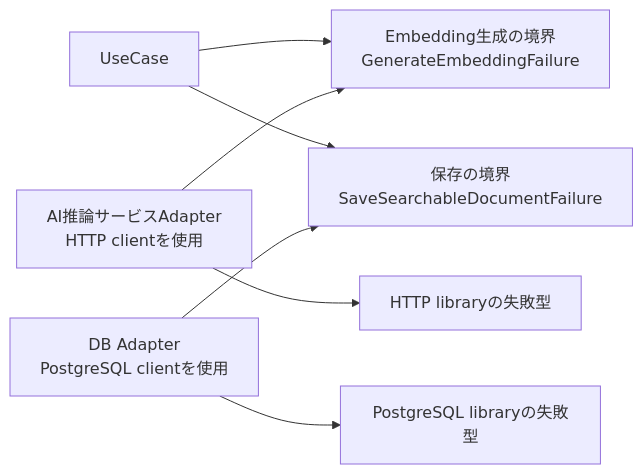
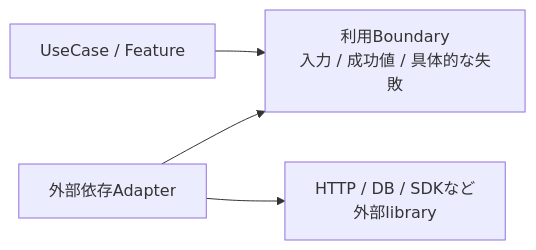
The first of 7 diagrams in Notes/RAGScope/RAGScopeアプリケーション/RS-0024 失敗型と利用境界への変換設計メモ.md (takashit16833/Workbench), drawn with Mermaid before and after one commit. The commit also changed other lines of this file, not shown here.

````diff
--- a/Notes/RAGScope/RAGScopeアプリケーション/RS-0024 失敗型と利用境界への変換設計メモ.md
+++ b/Notes/RAGScope/RAGScopeアプリケーション/RS-0024 失敗型と利用境界への変換設計メモ.md
@@ -102,22 +104,11 @@
 ```mermaid
 flowchart LR
-    UC["UseCase"]
+    UC["UseCase / Feature"]
+    PORT["利用Boundary<br>入力 / 成功値 / 具体的な失敗"]
+    ADAPTER["外部依存Adapter"]
+    LIB["HTTP / DB / SDKなど<br>外部library"]
 
-    EMBPORT["Embedding生成の境界<br/>GenerateEmbeddingFailure"]
-    STOREPORT["保存の境界<br/>SaveSearchableDocumentFailure"]
-
-    HTTPADAPTER["AI推論サービスAdapter<br/>HTTP clientを使用"]
-    DBADAPTER["DB Adapter<br/>PostgreSQL clientを使用"]
-
-    HTTPEX["HTTP libraryの失敗型"]
-    DBEX["PostgreSQL libraryの失敗型"]
-
-    UC --> EMBPORT
-    UC --> STOREPORT
-
-    HTTPADAPTER --> EMBPORT
-    DBADAPTER --> STOREPORT
-
-    HTTPADAPTER --> HTTPEX
-    DBADAPTER --> DBEX
+    UC --> PORT
+    ADAPTER --> PORT
+    ADAPTER --> LIB
 ```
````
